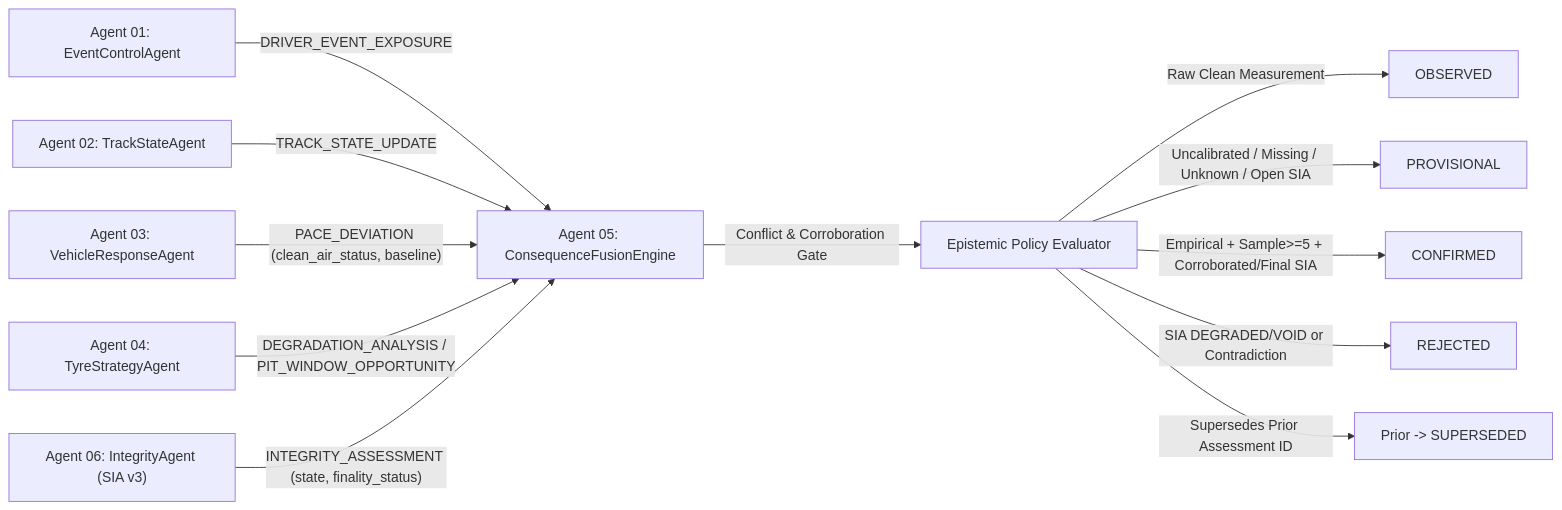
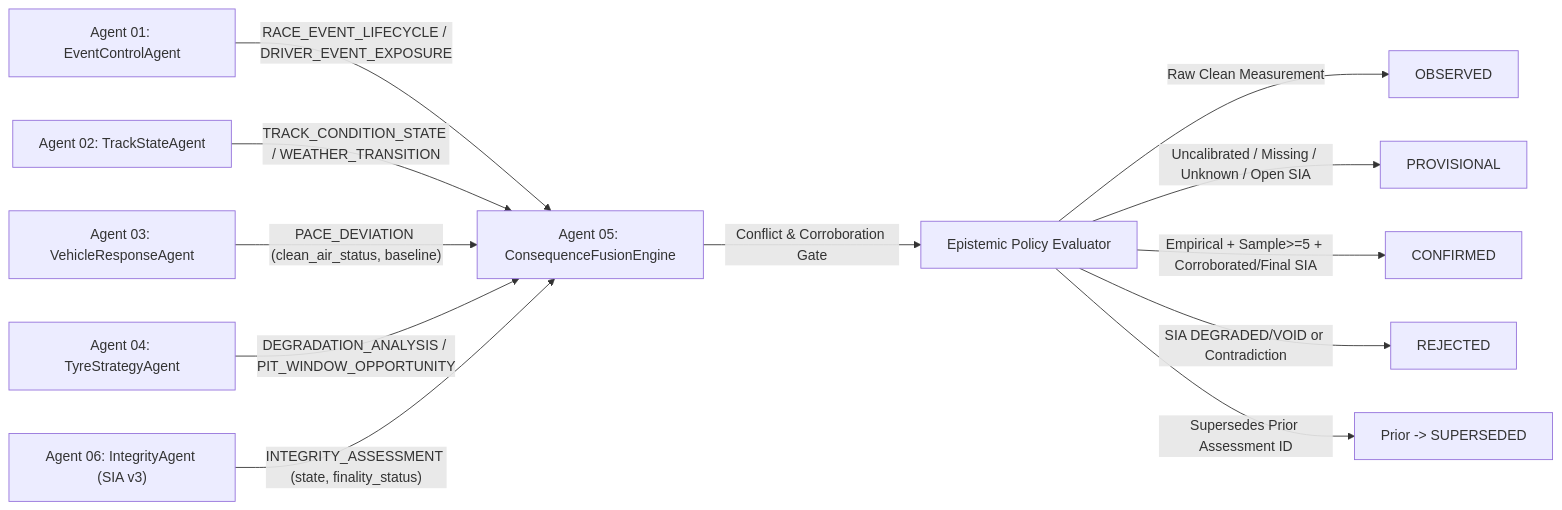
Before and after one commit to ChiragHariprasad/Caliberv2: the fourth of 6 diagrams in docs/architecture/CURRENT_ARCHITECTURE.md, drawn with Mermaid. The commit also changed other lines of this file and 11 other files, not shown here.

````diff
--- a/docs/architecture/CURRENT_ARCHITECTURE.md
+++ b/docs/architecture/CURRENT_ARCHITECTURE.md
@@ -90,14 +90,14 @@
 ```mermaid
 flowchart LR
-    A1["Agent 01: EventControlAgent"] -->|"DRIVER_EVENT_EXPOSURE"| A5["Agent 05: ConsequenceFusionEngine"]
-    A2["Agent 02: TrackStateAgent"] -->|"TRACK_STATE_UPDATE"| A5
+    A1["Agent 01: EventControlAgent"] -->|"RACE_EVENT_LIFECYCLE / DRIVER_EVENT_EXPOSURE"| A5["Agent 05: ConsequenceFusionEngine"]
+    A2["Agent 02: TrackStateAgent"] -->|"TRACK_CONDITION_STATE / WEATHER_TRANSITION"| A5
     A3["Agent 03: VehicleResponseAgent"] -->|"PACE_DEVIATION (clean_air_status, baseline)"| A5
     A4["Agent 04: TyreStrategyAgent"] -->|"DEGRADATION_ANALYSIS / PIT_WINDOW_OPPORTUNITY"| A5
     A6["Agent 06: IntegrityAgent (SIA v3)"] -->|"INTEGRITY_ASSESSMENT (state, finality_status)"| A5
     A5 -->|"Conflict & Corroboration Gate"| POL["Epistemic Policy Evaluator"]
     POL -->|"Raw Clean Measurement"| OBS["OBSERVED"]
     POL -->|"Uncalibrated / Missing / Unknown / Open SIA"| PROV["PROVISIONAL"]
     POL -->|"Empirical + Sample>=5 + Corroborated/Final SIA"| CONF["CONFIRMED"]
     POL -->|"SIA DEGRADED/VOID or Contradiction"| REJ["REJECTED"]
     POL -->|"Supersedes Prior Assessment ID"| SUP["Prior -> SUPERSEDED"]
 ```
````
